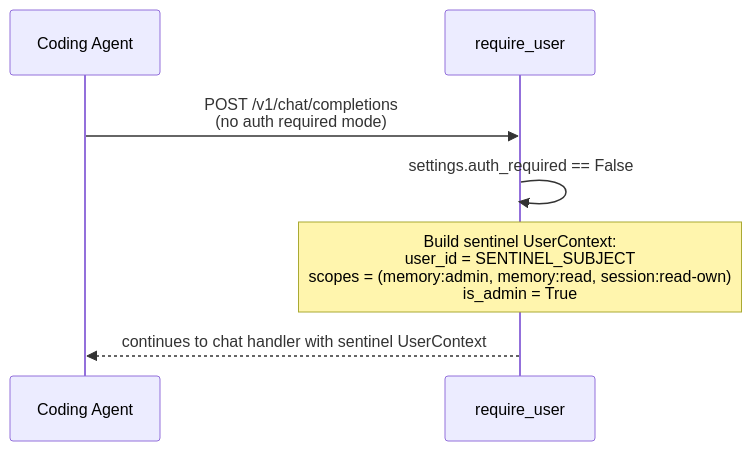
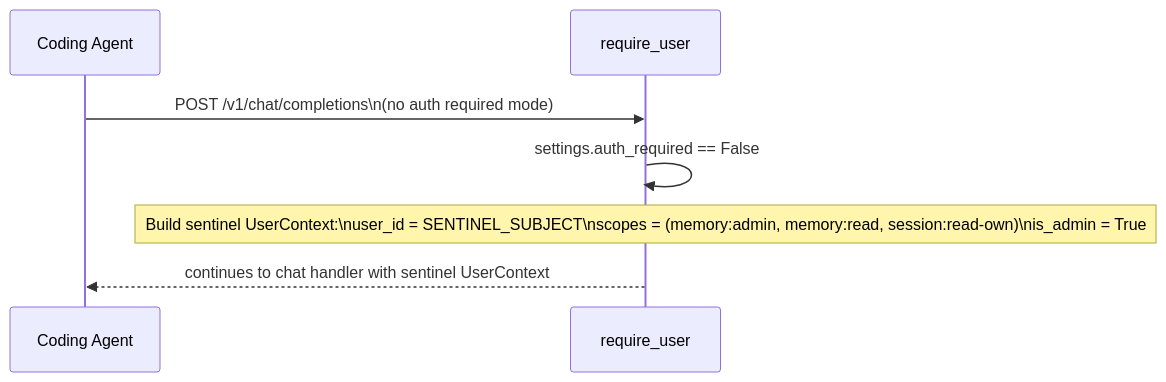
Before and after one commit to lfdesousa/AuditTrace-AI: the sixth of 6 diagrams in docs/architecture/sequence-oauth2-flow.md, drawn with Mermaid. The commit also changed other lines of this file and 4 other files, not shown here.

First line of the commit message:
fix(docs): replace HTML br tags with Mermaid newlines in sequence diagrams

````diff
--- a/docs/architecture/sequence-oauth2-flow.md
+++ b/docs/architecture/sequence-oauth2-flow.md
@@ -171,10 +171,10 @@
 ```mermaid
 sequenceDiagram
     participant Agent as Coding Agent
     participant Auth as require_user
 
-    Agent->>Auth: POST /v1/chat/completions<br/>(no auth required mode)
+    Agent->>Auth: POST /v1/chat/completions\n(no auth required mode)
     Auth->>Auth: settings.auth_required == False
-    Note over Auth: Build sentinel UserContext:<br/>user_id = SENTINEL_SUBJECT<br/>scopes = (memory:admin, memory:read, session:read-own)<br/>is_admin = True
+    Note over Auth: Build sentinel UserContext:\nuser_id = SENTINEL_SUBJECT\nscopes = (memory:admin, memory:read, session:read-own)\nis_admin = True
     Auth-->>Agent: continues to chat handler with sentinel UserContext
 ```
````
